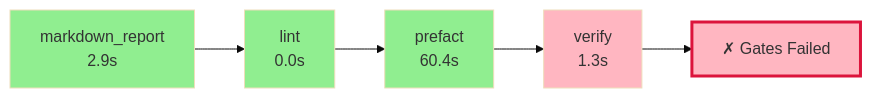
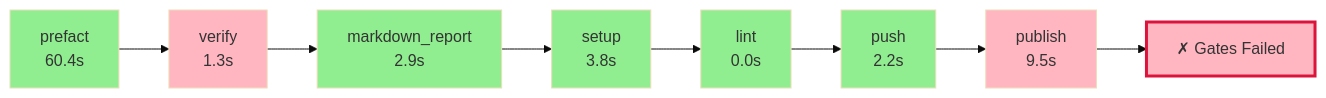
The diagram in .pyqual/report.md (wronai/fixos), drawn with Mermaid (base theme) before and after one commit. The commit also changed other lines of this file and 5 other files, not shown here.

````diff
--- a/.pyqual/report.md
+++ b/.pyqual/report.md
@@ -10,17 +10,26 @@
 ```mermaid
 flowchart LR
-    S0["markdown_report<br/>2.9s"]
+    S0["prefact<br/>60.4s"]
     style S0 fill:#90EE90
-    S1["lint<br/>0.0s"]
-    style S1 fill:#90EE90
+    S1["verify<br/>1.3s"]
+    style S1 fill:#FFB6C1
     S0 --> S1
-    S2["prefact<br/>60.4s"]
+    S2["markdown_report<br/>2.9s"]
     style S2 fill:#90EE90
     S1 --> S2
-    S3["verify<br/>1.3s"]
-    style S3 fill:#FFB6C1
+    S3["setup<br/>3.8s"]
+    style S3 fill:#90EE90
     S2 --> S3
+    S4["lint<br/>0.0s"]
+    style S4 fill:#90EE90
+    S3 --> S4
+    S5["push<br/>2.2s"]
+    style S5 fill:#90EE90
+    S4 --> S5
+    S6["publish<br/>9.5s"]
+    style S6 fill:#FFB6C1
+    S5 --> S6
     G["✗ Gates Failed"]
     style G fill:#FFB6C1,stroke:#DC143C,stroke-width:3px
-    S3 --> G
+    S6 --> G
 ```
````
